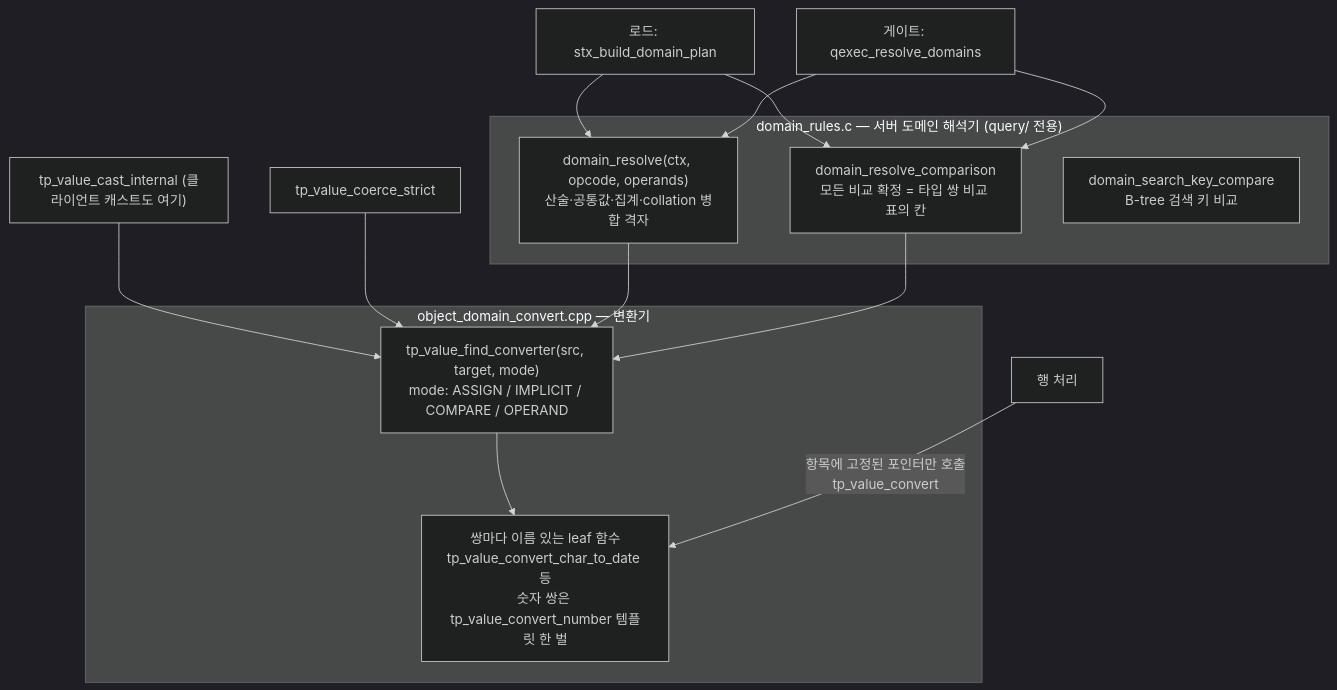
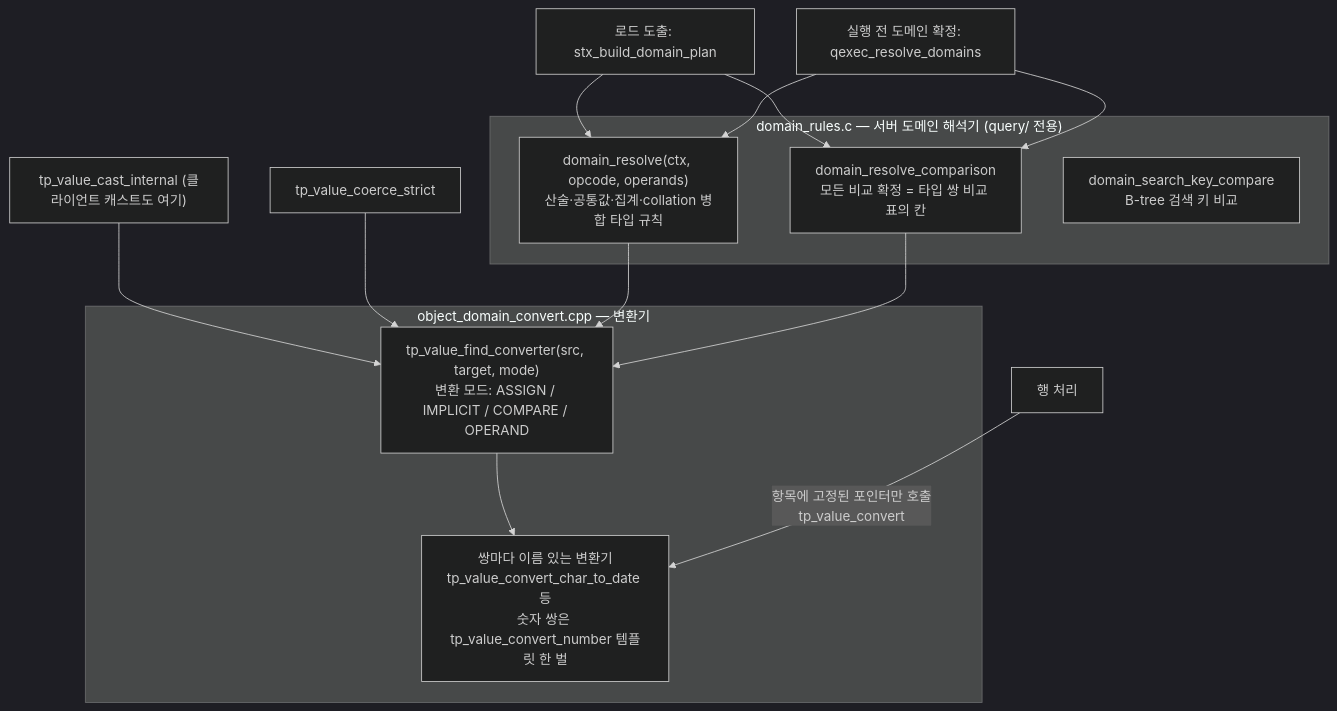
Diagram 20 of 20 in docs/research/pr8022-architecture-diagrams.md (xmilex-git/workspace), drawn with Mermaid (dark theme) before and after one commit. The commit also changed other lines of this file, not shown here.

First line of the commit message:
docs: PR 8022 diagrams in the CONTEXT.md vocabulary

````diff
--- a/docs/research/pr8022-architecture-diagrams.md
+++ b/docs/research/pr8022-architecture-diagrams.md
@@ -403,22 +403,22 @@
 ```mermaid
 flowchart TB
   subgraph CONV["object_domain_convert.cpp — 변환기"]
-    FIND["tp_value_find_converter(src, target, mode)<br/>mode: ASSIGN / IMPLICIT / COMPARE / OPERAND"]
-    LEAF["쌍마다 이름 있는 leaf 함수<br/>tp_value_convert_char_to_date 등<br/>숫자 쌍은 tp_value_convert_number 템플릿 한 벌"]
+    FIND["tp_value_find_converter(src, target, mode)<br/>변환 모드: ASSIGN / IMPLICIT / COMPARE / OPERAND"]
+    LEAF["쌍마다 이름 있는 변환기<br/>tp_value_convert_char_to_date 등<br/>숫자 쌍은 tp_value_convert_number 템플릿 한 벌"]
     FIND --> LEAF
   end
   CAST["tp_value_cast_internal (클라이언트 캐스트도 여기)"] --> FIND
   STRICT["tp_value_coerce_strict"] --> FIND
   subgraph RULES["domain_rules.c — 서버 도메인 해석기 (query/ 전용)"]
-    RES["domain_resolve(ctx, opcode, operands)<br/>산술·공통값·집계·collation 병합 격자"]
+    RES["domain_resolve(ctx, opcode, operands)<br/>산술·공통값·집계·collation 병합 타입 규칙"]
     CMPR["domain_resolve_comparison<br/>모든 비교 확정 = 타입 쌍 비교 표의 칸"]
     KEYC["domain_search_key_compare<br/>B-tree 검색 키 비교"]
   end
-  LOAD["로드: stx_build_domain_plan"] --> RES
+  LOAD["로드 도출: stx_build_domain_plan"] --> RES
   LOAD --> CMPR
-  GATE["게이트: qexec_resolve_domains"] --> RES
+  GATE["실행 전 도메인 확정: qexec_resolve_domains"] --> RES
   GATE --> CMPR
   RES --> FIND
   CMPR --> FIND
   ROW["행 처리"] -- "항목에 고정된 포인터만 호출<br/>tp_value_convert" --> LEAF
 ```
````
